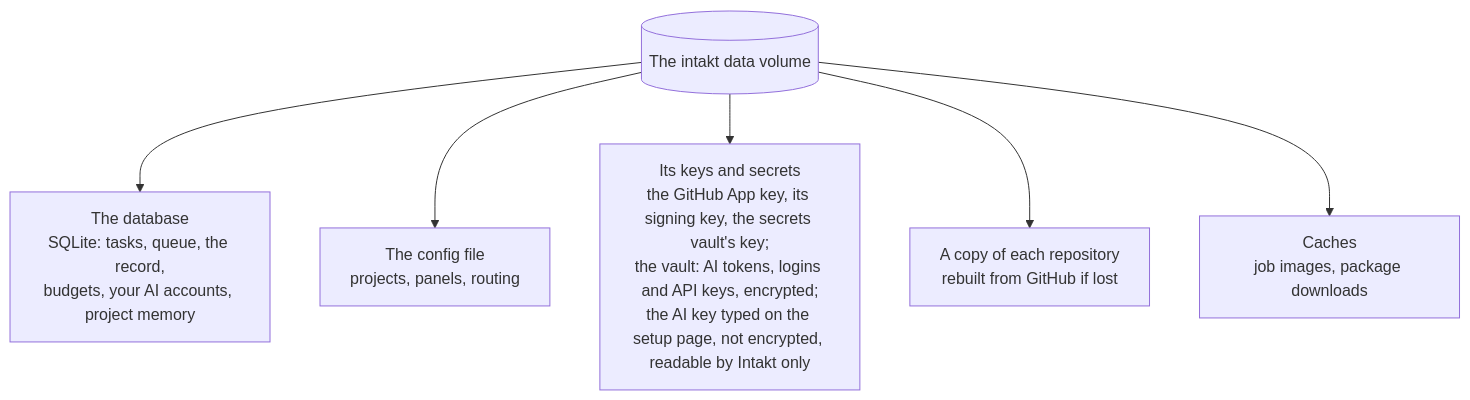
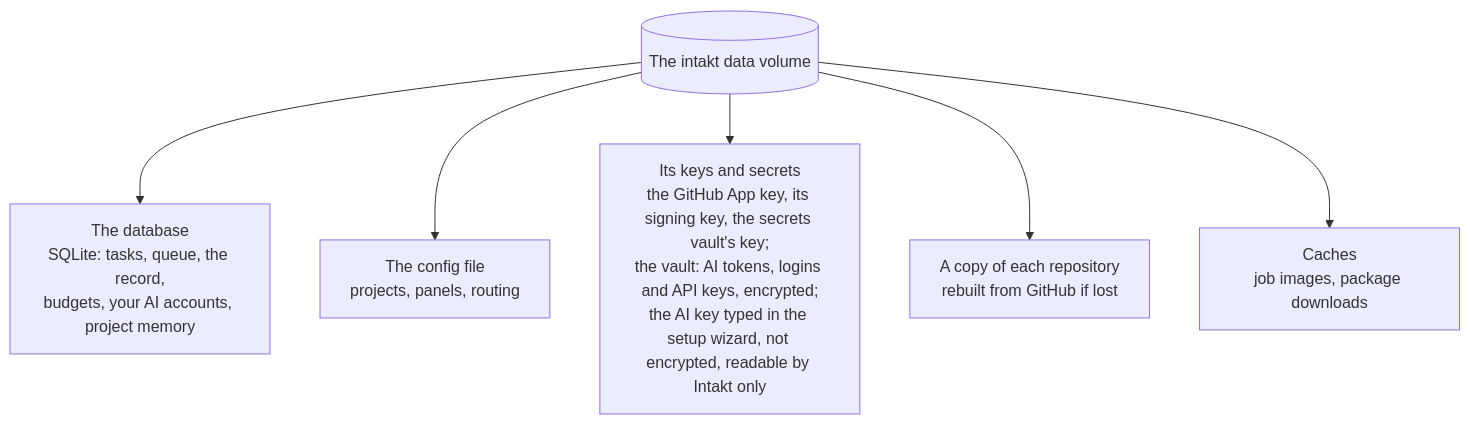
The diagram in docs/guide/your-data.md (shinyredapples/intakt), drawn with Mermaid before and after one commit. The commit also changed other lines of this file and 19 other files, not shown here.

Commit message:
docs(dashboard): describe the five-step setup wizard instead of the first-run page

````diff
--- a/docs/guide/your-data.md
+++ b/docs/guide/your-data.md
@@ -7,8 +7,8 @@
 ```mermaid
 flowchart TD
   vol[(The intakt data volume)] --> db[The database<br/>SQLite: tasks, queue, the record,<br/>budgets, your AI accounts, project memory]
   vol --> cfg[The config file<br/>projects, panels, routing]
-  vol --> keys[Its keys and secrets<br/>the GitHub App key, its signing key, the secrets vault's key;<br/>the vault: AI tokens, logins and API keys, encrypted;<br/>the AI key typed on the setup page, not encrypted, readable by Intakt only]
+  vol --> keys[Its keys and secrets<br/>the GitHub App key, its signing key, the secrets vault's key;<br/>the vault: AI tokens, logins and API keys, encrypted;<br/>the AI key typed in the setup wizard, not encrypted, readable by Intakt only]
   vol --> mirror[A copy of each repository<br/>rebuilt from GitHub if lost]
   vol --> cache[Caches<br/>job images, package downloads]
 ```
````
